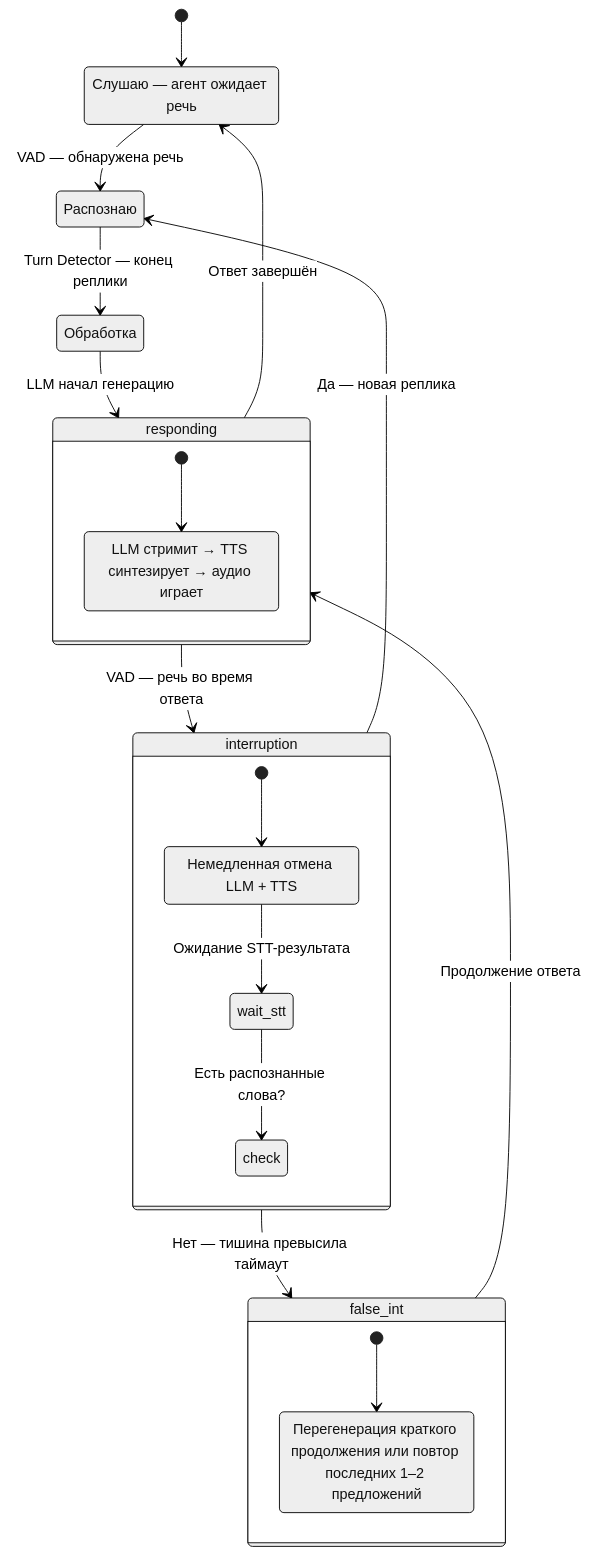
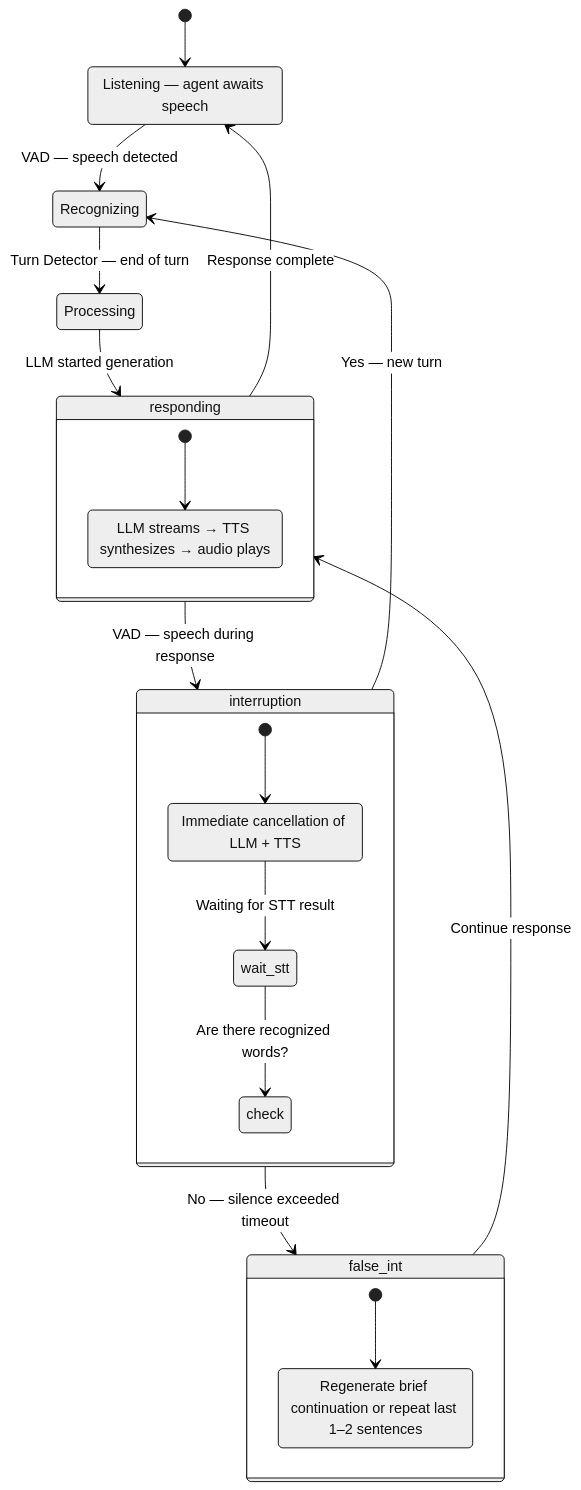
Diagram 12 of 25 in docs/architecture.md (itechmeat/twype-voice), drawn with Mermaid (neutral theme) before and after one commit. The commit also changed other lines of this file and 30 other files, not shown here.

````diff
--- a/docs/architecture.md
+++ b/docs/architecture.md
@@ -581,36 +581,36 @@
 ```mermaid
 stateDiagram-v2
     [*] --> listening
-    listening: Слушаю — агент ожидает речь
+    listening: Listening — agent awaits speech
 
-    listening --> recognizing: VAD — обнаружена речь
-    recognizing: Распознаю
-    recognizing --> processing: Turn Detector — конец реплики
-    processing: Обработка
-    processing --> responding: LLM начал генерацию
+    listening --> recognizing: VAD — speech detected
+    recognizing: Recognizing
+    recognizing --> processing: Turn Detector — end of turn
+    processing: Processing
+    processing --> responding: LLM started generation
 
     state responding {
         [*] --> llm_tts
-        llm_tts: LLM стримит → TTS синтезирует → аудио играет
+        llm_tts: LLM streams → TTS synthesizes → audio plays
     }
 
-    responding --> interruption: VAD — речь во время ответа
+    responding --> interruption: VAD — speech during response
 
     state interruption {
         [*] --> cancel
-        cancel: Немедленная отмена LLM + TTS
-        cancel --> wait_stt: Ожидание STT-результата
-        wait_stt --> check: Есть распознанные слова?
+        cancel: Immediate cancellation of LLM + TTS
+        cancel --> wait_stt: Waiting for STT result
+        wait_stt --> check: Are there recognized words?
     }
 
-    interruption --> recognizing: Да — новая реплика
-    interruption --> false_int: Нет — тишина превысила таймаут
+    interruption --> recognizing: Yes — new turn
+    interruption --> false_int: No — silence exceeded timeout
 
     state false_int {
         [*] --> regen
-        regen: Перегенерация краткого продолжения или повтор последних 1–2 предложений
+        regen: Regenerate brief continuation or repeat last 1–2 sentences
     }
 
-    false_int --> responding: Продолжение ответа
-    responding --> listening: Ответ завершён
+    false_int --> responding: Continue response
+    responding --> listening: Response complete
 ```
````
